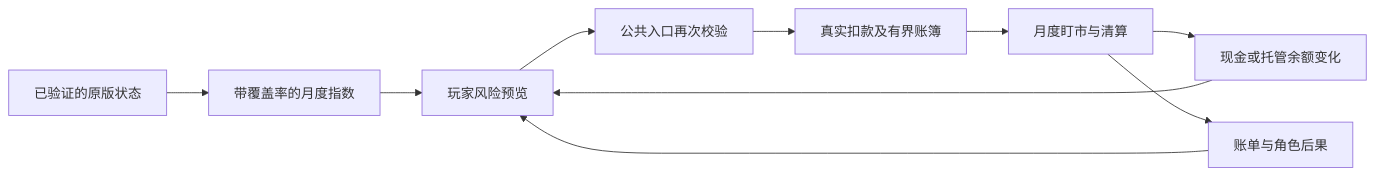
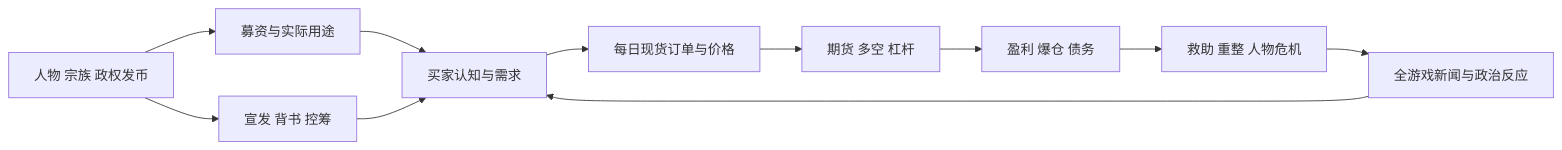
The diagram in docs/design/futures-and-virtual-currency-markets.md (XenoAmess/ck3_eternal_recurrence), drawn with Mermaid before and after one commit. The commit also changed other lines of this file and 4 other files, not shown here.

````diff
--- a/docs/design/futures-and-virtual-currency-markets.md
+++ b/docs/design/futures-and-virtual-currency-markets.md
@@ -66,12 +31,13 @@
 ```mermaid
 flowchart LR
-    A[已验证的原版状态] --> B[带覆盖率的月度指数]
-    B --> C[玩家风险预览]
-    C --> D[公共入口再次校验]
-    D --> E[真实扣款及有界账簿]
-    E --> F[月度盯市与清算]
-    F --> G[现金或托管余额变化]
-    F --> H[账单与角色后果]
-    G --> C
-    H --> C
+  A[人物 宗族 政权发币] --> B[募资与实际用途]
+  A --> C[宣发 背书 控筹]
+  B --> D[买家认知与需求]
+  C --> D
+  D --> E[每日现货订单与价格]
+  E --> F[期货 多空 杠杆]
+  F --> G[盈利 爆仓 债务]
+  G --> H[救助 重整 人物危机]
+  H --> I[全游戏新闻与政治反应]
+  I --> D
 ```
````
